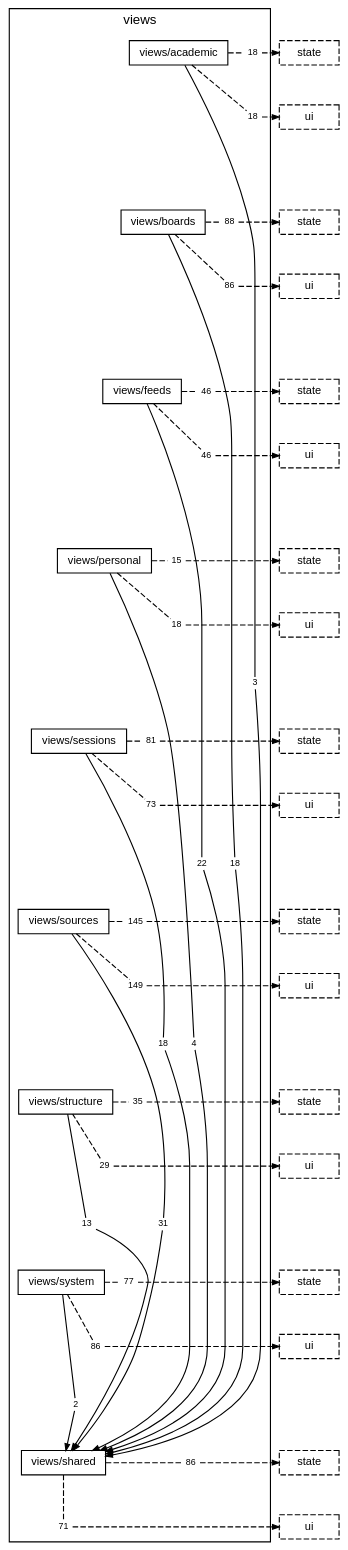
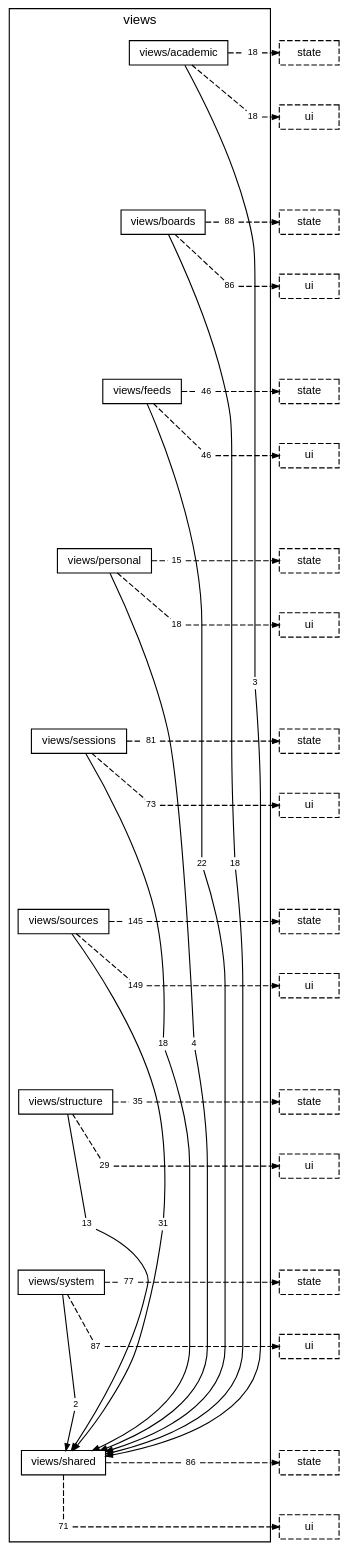
One commit to TheAxeC/oculus changed the diagram in docs/diagrams/layer-views.dot. Above: the diagram before and after it, drawn with Graphviz. The commit also changed 22 other files, not shown here.

```diff
--- a/docs/diagrams/layer-views.dot
+++ b/docs/diagrams/layer-views.dot
@@ -36,7 +36,7 @@
         "folder views/structure to layer ui" [label="29", shape=box, color="transparent", fontsize=8, width=0, height=0, margin="0.04,0.02"];
         "folder views/system to folder views/shared" [label="2", shape=box, color="transparent", fontsize=8, width=0, height=0, margin="0.04,0.02"];
         "folder views/system to layer state" [label="77", shape=box, color="transparent", fontsize=8, width=0, height=0, margin="0.04,0.02"];
-        "folder views/system to layer ui" [label="86", shape=box, color="transparent", fontsize=8, width=0, height=0, margin="0.04,0.02"];
+        "folder views/system to layer ui" [label="87", shape=box, color="transparent", fontsize=8, width=0, height=0, margin="0.04,0.02"];
         "folder views/shared to layer state" [label="86", shape=box, color="transparent", fontsize=8, width=0, height=0, margin="0.04,0.02"];
         "folder views/shared to layer ui" [label="71", shape=box, color="transparent", fontsize=8, width=0, height=0, margin="0.04,0.02"];
     }
```
